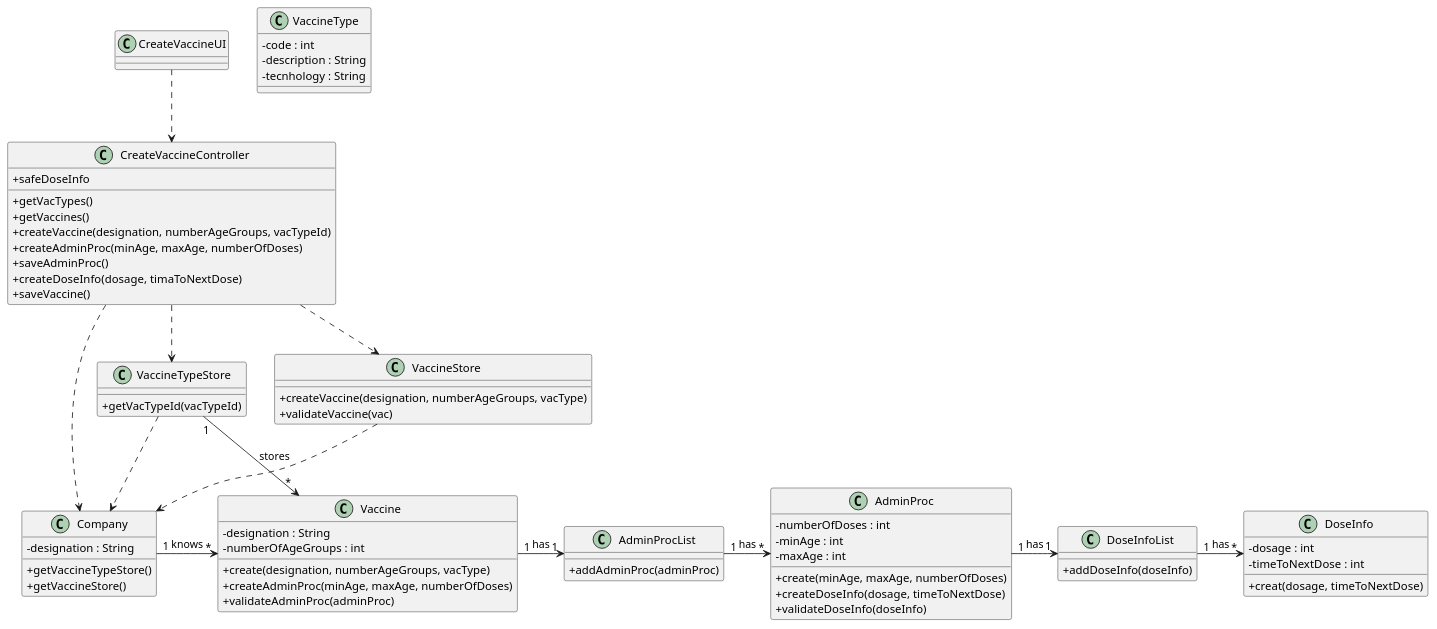
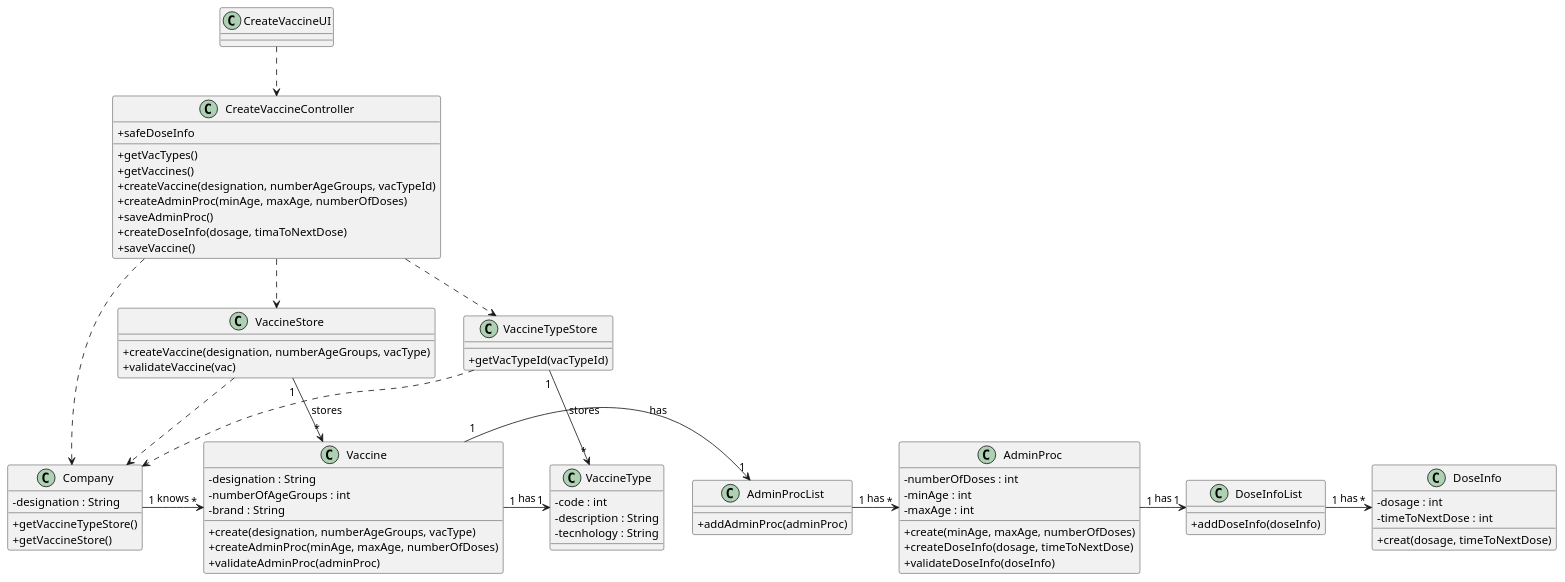
Before and after one commit to miseEnPlace-i/lapr2: the diagram in docs/SprintB/US13/CD/US13_CD.puml, drawn with PlantUML. The commit also changed 5 other files, not shown here.

```diff
--- a/docs/SprintB/US13/CD/US13_CD.puml
+++ b/docs/SprintB/US13/CD/US13_CD.puml
@@ -1,88 +1,91 @@
 @startuml
 skinparam classAttributeIconSize 0
 
 class CreateVaccineUI{
 
 }
 
 class CreateVaccineController{
     +getVacTypes()
     +getVaccines()
     +createVaccine(designation, numberAgeGroups, vacTypeId)
     +createAdminProc(minAge, maxAge, numberOfDoses)
     +saveAdminProc()
     +createDoseInfo(dosage, timaToNextDose)
     +safeDoseInfo
     +saveVaccine()
 }
 
 class Company{
     -designation : String
 
     +getVaccineTypeStore()
     +getVaccineStore()
 }
 
 class VaccineTypeStore{
     +getVacTypeId(vacTypeId)
 }
 
 class VaccineStore{
     +createVaccine(designation, numberAgeGroups, vacType)
     +validateVaccine(vac)
 }
 
 class Vaccine{
     -designation : String
     -numberOfAgeGroups : int
+    -brand : String
 
     +create(designation, numberAgeGroups, vacType)
     +createAdminProc(minAge, maxAge, numberOfDoses)
     +validateAdminProc(adminProc)
 }
 
 class VaccineType{
     -code : int
     -description : String
     -tecnhology : String
 }
 
 class AdminProc{
     -numberOfDoses : int
     -minAge : int
     -maxAge : int
 
     +create(minAge, maxAge, numberOfDoses)
     +createDoseInfo(dosage, timeToNextDose)
     +validateDoseInfo(doseInfo)
 }
 
 class AdminProcList{
     +addAdminProc(adminProc)
 }
 
 class DoseInfo{
     -dosage : int
     -timeToNextDose : int
 
     +creat(dosage, timeToNextDose)
 }
 
 class DoseInfoList{
     +addDoseInfo(doseInfo)
 }
 
 CreateVaccineUI ..> CreateVaccineController
 CreateVaccineController ..> VaccineStore
 CreateVaccineController ..> VaccineTypeStore
 CreateVaccineController ..> Company
 VaccineStore ..> Company
+VaccineStore "1" -> "*" Vaccine : stores
 VaccineTypeStore ..> Company
-VaccineTypeStore "1" -> "*" Vaccine : stores
+VaccineTypeStore "1" -> "*" VaccineType : stores
 Company "1" -> "*" Vaccine : knows
 Vaccine "1" -> "1" AdminProcList : has
+Vaccine "1" -> "1" VaccineType : has
 AdminProcList "1" -> "*" AdminProc : has
 AdminProc "1" -> "1" DoseInfoList : has
 DoseInfoList "1" -> "*" DoseInfo : has
 
 @enduml
```
